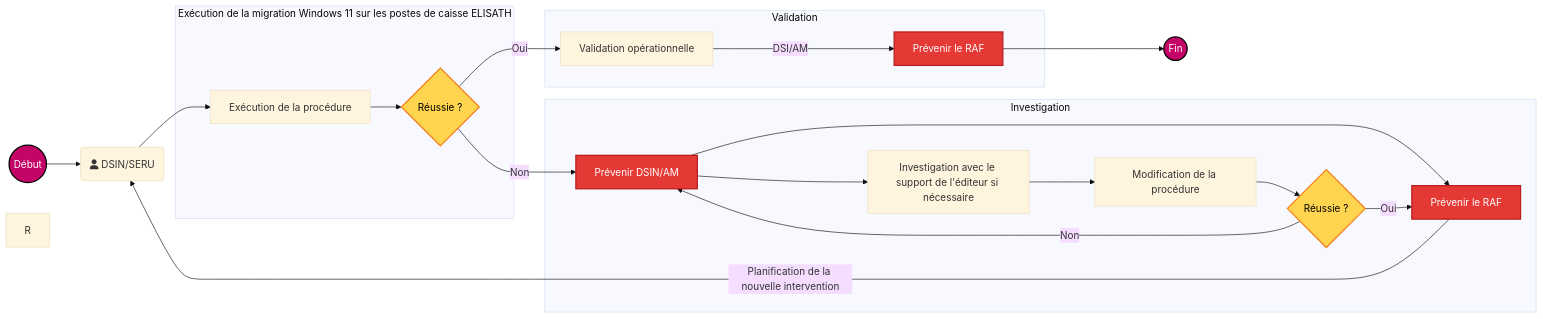
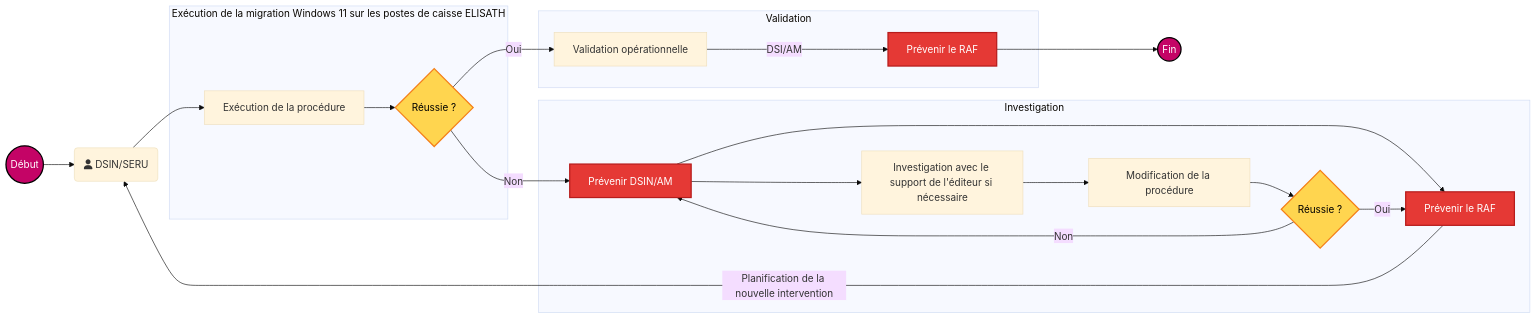
The diagram in all/Flux de validation.md (fdadda/iodraw-files), drawn with Mermaid before and after one commit.

Commit message:
2026-05-12 11:12:53 update

````diff
--- a/all/Flux de validation.md
+++ b/all/Flux de validation.md
@@ -1,53 +1,53 @@
 ```mermaid
 %%{init: {
   "theme":"base",
   "themeVariables": { "fontSize":"16px" },
   "themeCSS": ".nodeLabel{font-weight:700;} .edgeLabel{font-weight:700;}"
 }}%%
 flowchart LR
 
     start((Début)) --> A
     A(fa:fa-user DSIN/SERU) --> B[Exécution de la procédure]
 
     subgraph Exécution de la migration Windows 11 sur les postes de caisse ELISATH
         B --> C{Réussie ?}
     end
 
     subgraph Validation
         C -->|Oui| D[Validation opérationnelle]
         D -->|DSI/AM| J[Prévenir le RAF]
     end
 
     J --> End((Fin))
 
     subgraph Investigation
         C -->|Non| E[Prévenir DSIN/AM]
         E --> F[Prévenir le RAF]
         E --> G[Investigation avec le support de l'éditeur si nécessaire]
         G --> H[Modification de la procédure]
         H --> I{Réussie ?}
         I -->|Oui| F
         I -->|Non| E
     end
 
     F -->|Planification de la nouvelle intervention| A
 
     %% --- STYLES ---
     classDef StartEndPoint fill:#c40466,stroke:#000,color:#fff,stroke-width:2px;
     classDef decision      fill:#ffd54f,stroke:#f57f17,color:#000,stroke-width:2px;
     classDef error         fill:#e53935,stroke:#b71c1c,color:#fff,stroke-width:2px;
 
     %% --- AFFECTATION DES CLASSES ---
     class start,End StartEndPoint;
     class C,I decision;
     class E,F,J error;
 
     %% --- Coide couleur ---
     %% Bleu marine #000080 un peu plus doux
     %% Midnight blue #191970 bleu nuit profond 
     %% Bleu foncé intense #080F70 plus “design”, légèrement grisé 
     %% Bleu foncé moderne #111184 un peu plus lumineux
     %% Orange #ffd54f
     %% Rouge #e53935
-    R
+    %% Rose CAPI 
 ```
````
